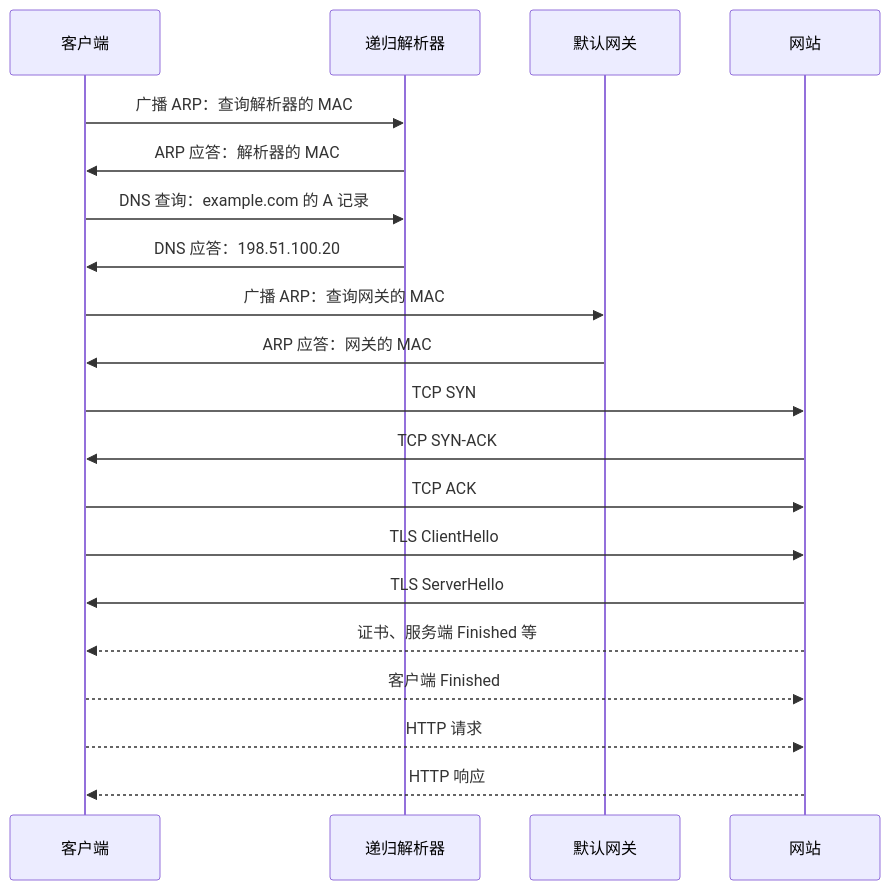
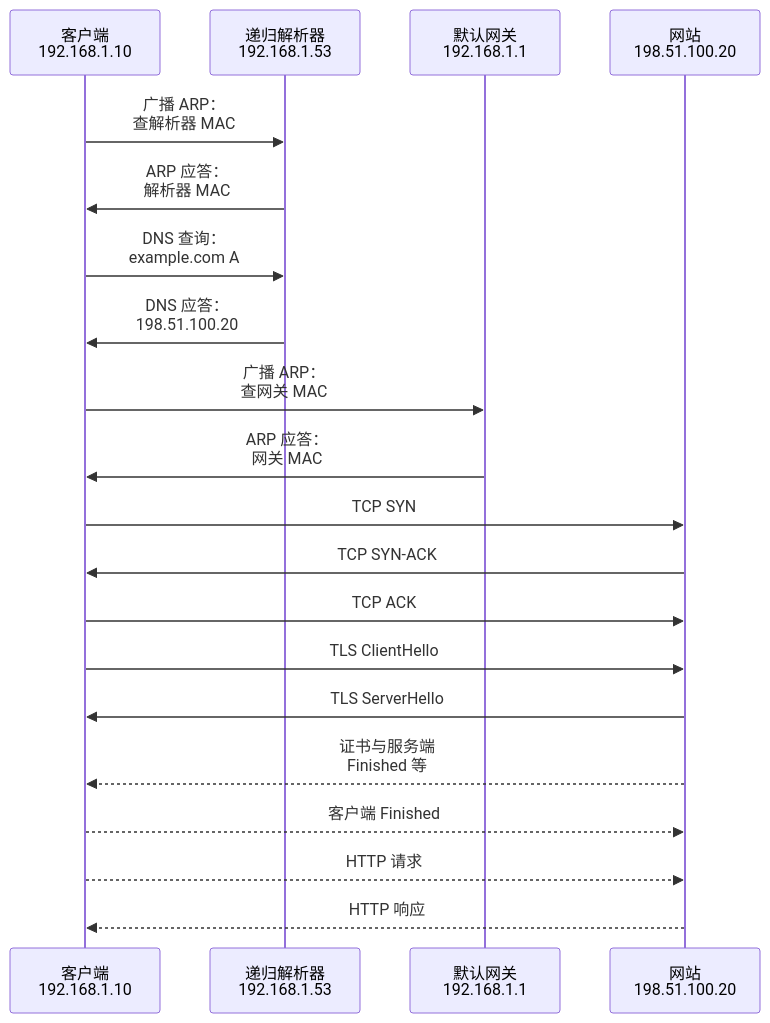
One commit to fordelkon/delkon.us.kg changed the fifth of 6 diagrams in content/posts/networking/layered-architecture-packet-journey.md. Above: the diagram before and after it, drawn with Mermaid. The commit also changed other lines of this file and 8 other files, not shown here.

First line of the commit message:
docs: audit networking series with C17 examples and diagram fixes

````diff
--- a/content/posts/networking/layered-architecture-packet-journey.md
+++ b/content/posts/networking/layered-architecture-packet-journey.md
@@ -230,22 +279,22 @@
 ```mermaid title="从解析下一跳到收到 HTTPS 响应" description="自上而下读交换顺序。两次 ARP 请求都在本地链路广播，箭头指向应答者。DNS 在本地链路交付，网站流量经网关转发。虚线标示受 TLS 保护的消息。箭头按协议消息或交换标示，不对应固定的包数或耗时。省略 DNS 上游查询、额外的 TCP 确认、重传与连接关闭。"
 sequenceDiagram
- participant C as 客户端
- participant D as 递归解析器
- participant G as 默认网关
- participant S as 网站
- C->>D: 广播 ARP：查询解析器的 MAC
- D->>C: ARP 应答：解析器的 MAC
- C->>D: DNS 查询：example.com 的 A 记录
- D->>C: DNS 应答：198.51.100.20
- C->>G: 广播 ARP：查询网关的 MAC
- G->>C: ARP 应答：网关的 MAC
+ participant C as 客户端<br/>192.168.1.10
+ participant D as 递归解析器<br/>192.168.1.53
+ participant G as 默认网关<br/>192.168.1.1
+ participant S as 网站<br/>198.51.100.20
+ C->>D: 广播 ARP：<br/>查解析器 MAC
+ D->>C: ARP 应答：<br/>解析器 MAC
+ C->>D: DNS 查询：<br/>example.com A
+ D->>C: DNS 应答：<br/>198.51.100.20
+ C->>G: 广播 ARP：<br/>查网关 MAC
+ G->>C: ARP 应答：<br/>网关 MAC
  C->>S: TCP SYN
  S->>C: TCP SYN-ACK
  C->>S: TCP ACK
  C->>S: TLS ClientHello
  S->>C: TLS ServerHello
- S-->>C: 证书、服务端 Finished 等
+ S-->>C: 证书与服务端<br/>Finished 等
  C-->>S: 客户端 Finished
  C-->>S: HTTP 请求
  S-->>C: HTTP 响应
 ```
````
